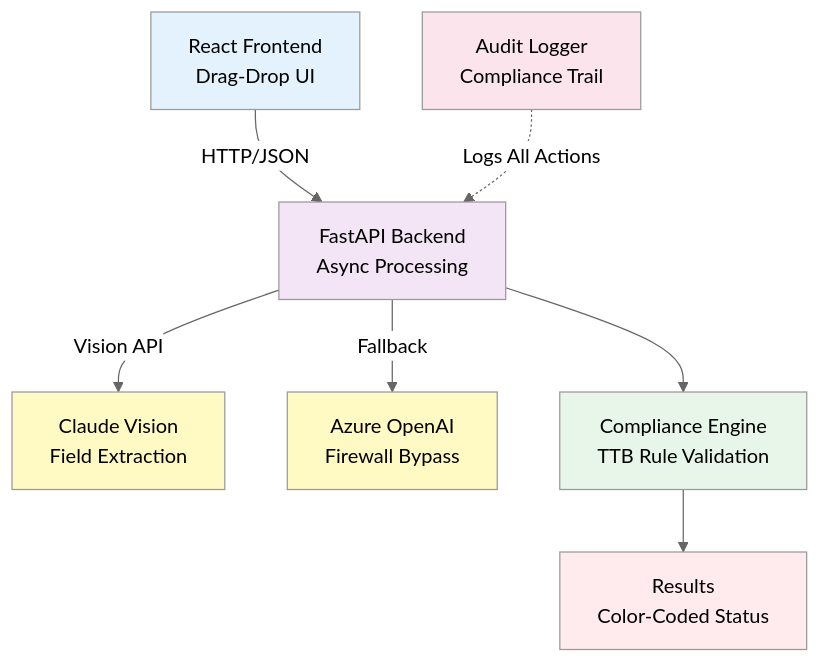
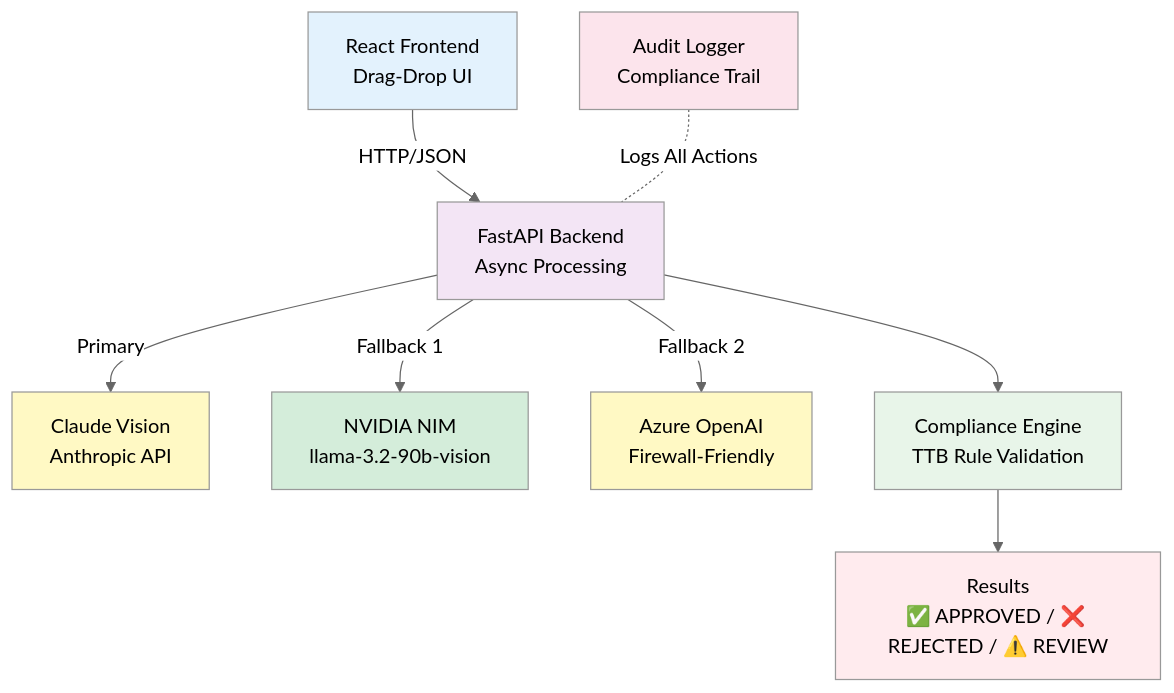
Before and after one commit to eaglepython/AI-Powered-Alcohol-Label-Verification-App: the diagram in README.md, drawn with Mermaid (neutral theme). The commit also changed other lines of this file, not shown here.

Commit message:
docs: full README visual refresh — NVIDIA NIM, live badges, accurate perf metrics, correct repo URL

````diff
--- a/README.md
+++ b/README.md
@@ -59,17 +61,19 @@
 ```mermaid
 graph TB
     A["React Frontend<br/>Drag-Drop UI"] -->|HTTP/JSON| B["FastAPI Backend<br/>Async Processing"]
-    B -->|Vision API| C["Claude Vision<br/>Field Extraction"]
-    B -->|Fallback| D["Azure OpenAI<br/>Firewall Bypass"]
-    B --> E["Compliance Engine<br/>TTB Rule Validation"]
-    E --> F["Results<br/>Color-Coded Status"]
-    G["Audit Logger<br/>Compliance Trail"] -.->|Logs All Actions| B
-    
+    B -->|Primary| C["Claude Vision<br/>Anthropic API"]
+    B -->|Fallback 1| D["NVIDIA NIM<br/>llama-3.2-90b-vision"]
+    B -->|Fallback 2| E["Azure OpenAI<br/>Firewall-Friendly"]
+    B --> F["Compliance Engine<br/>TTB Rule Validation"]
+    F --> G["Results<br/>✅ APPROVED / ❌ REJECTED / ⚠️ REVIEW"]
+    H["Audit Logger<br/>Compliance Trail"] -.-|Logs All Actions| B
+
     style A fill:#e3f2fd
     style B fill:#f3e5f5
     style C fill:#fff9c4
-    style D fill:#fff9c4
-    style E fill:#e8f5e9
-    style F fill:#ffebee
-    style G fill:#fce4ec
+    style D fill:#d4edda
+    style E fill:#fff9c4
+    style F fill:#e8f5e9
+    style G fill:#ffebee
+    style H fill:#fce4ec
 ```
````
